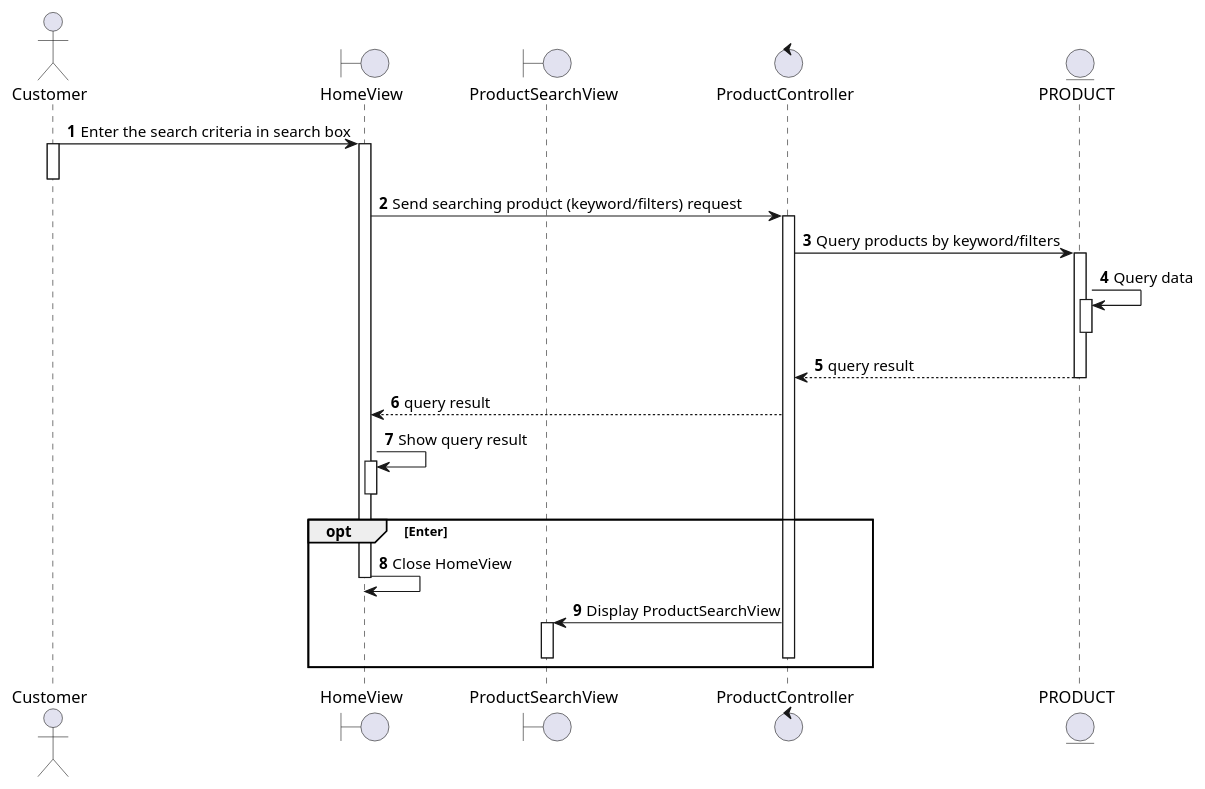
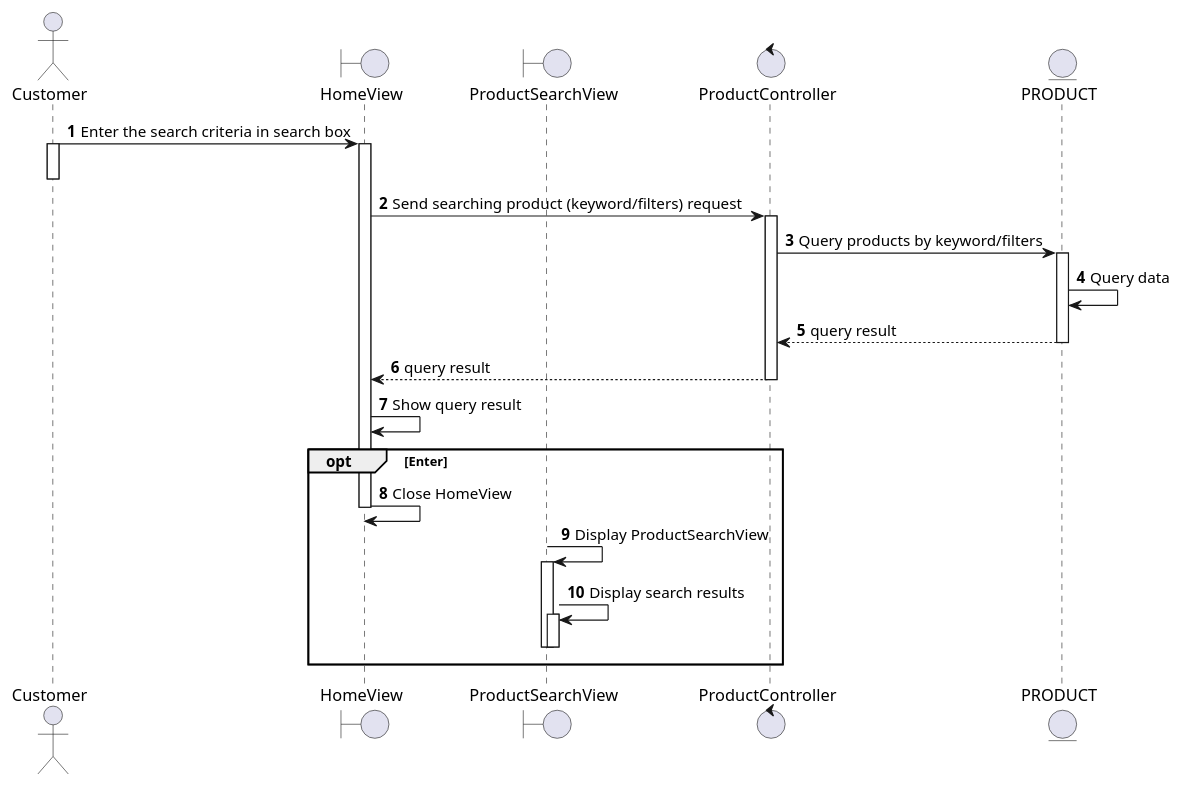
The diagram in docs/docs/sequence/view-product/search-product.md (electricilies/electricilies.github.io), drawn with PlantUML before and after one commit. The commit also changed other lines of this file and 4 other files, not shown here.

Commit message:
fix: yay view-product

````diff
--- a/docs/docs/sequence/view-product/search-product.md
+++ b/docs/docs/sequence/view-product/search-product.md
@@ -3,39 +3,38 @@
 ```plantuml
 @startuml
 autonumber
 
 actor Customer as C
 boundary HomeView as HV
 boundary ProductSearchView as PSV
 control ProductController as PC
 entity PRODUCT as P
 
 C -> HV: Enter the search criteria in search box
 activate C
+activate HV
 deactivate C
-activate HV
 HV -> PC: Send searching product (keyword/filters) request
 activate PC
 PC -> P: Query products by keyword/filters
 activate P
 P -> P: Query data
-activate P
-deactivate P
 PC <-- P: query result
 deactivate P
 HV <-- PC: query result
+deactivate PC
 HV -> HV: Show query result
-activate HV
-deactivate HV
 
 opt Enter
   HV -> HV: Close HomeView
   deactivate HV
-  PSV <- PC: Display ProductSearchView
+  PSV -> PSV: Display ProductSearchView
   activate PSV
-  deactivate PC
+  PSV -> PSV: Display search results
+  activate PSV
+  deactivate PSV
   deactivate PSV
 end
 
 @enduml
 ```
````
